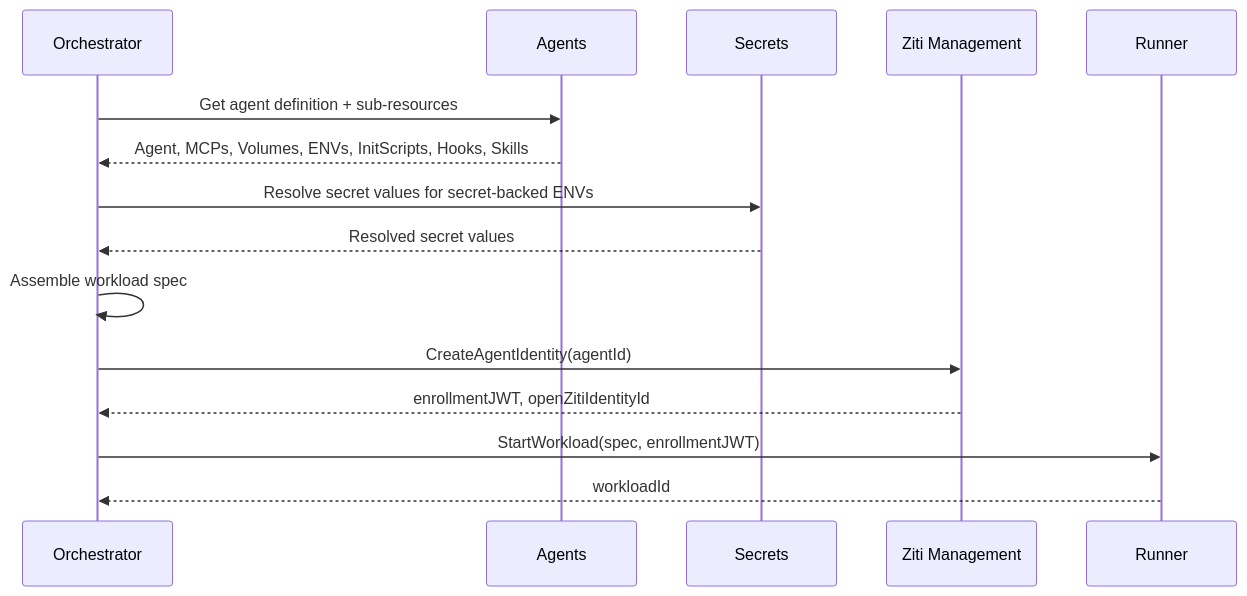
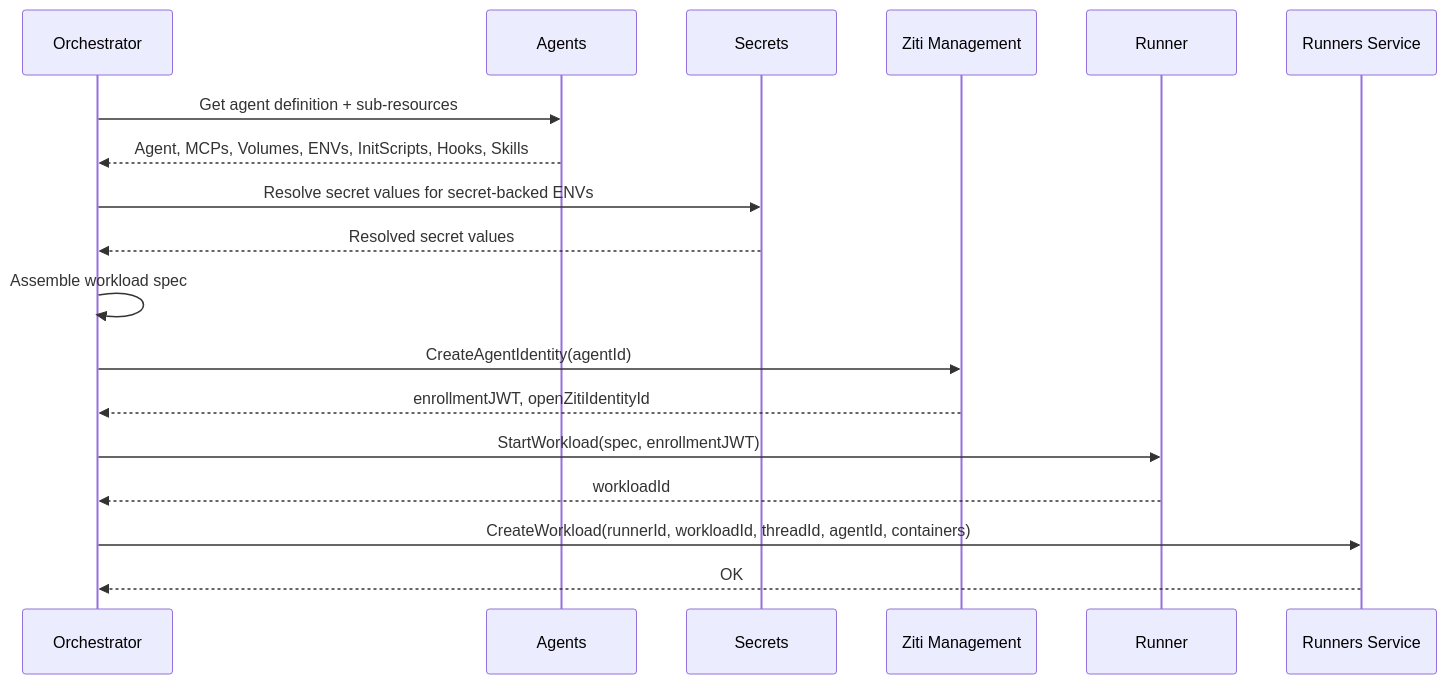
Before and after one commit to agynio/architecture: the third of 4 diagrams in architecture/agents-orchestrator.md, drawn with Mermaid. The commit also changed other lines of this file and 7 other files, not shown here.

First line of the commit message:
add Runners service architecture

````diff
--- a/architecture/agents-orchestrator.md
+++ b/architecture/agents-orchestrator.md
@@ -90,18 +92,21 @@
 ```mermaid
 sequenceDiagram
     participant O as Orchestrator
     participant T as Agents
     participant S as Secrets
     participant ZM as Ziti Management
     participant R as Runner
+    participant RS as Runners Service
 
     O->>T: Get agent definition + sub-resources
     T-->>O: Agent, MCPs, Volumes, ENVs, InitScripts, Hooks, Skills
     O->>S: Resolve secret values for secret-backed ENVs
     S-->>O: Resolved secret values
     O->>O: Assemble workload spec
     O->>ZM: CreateAgentIdentity(agentId)
     ZM-->>O: enrollmentJWT, openZitiIdentityId
     O->>R: StartWorkload(spec, enrollmentJWT)
     R-->>O: workloadId
+    O->>RS: CreateWorkload(runnerId, workloadId, threadId, agentId, containers)
+    RS-->>O: OK
 ```
````
